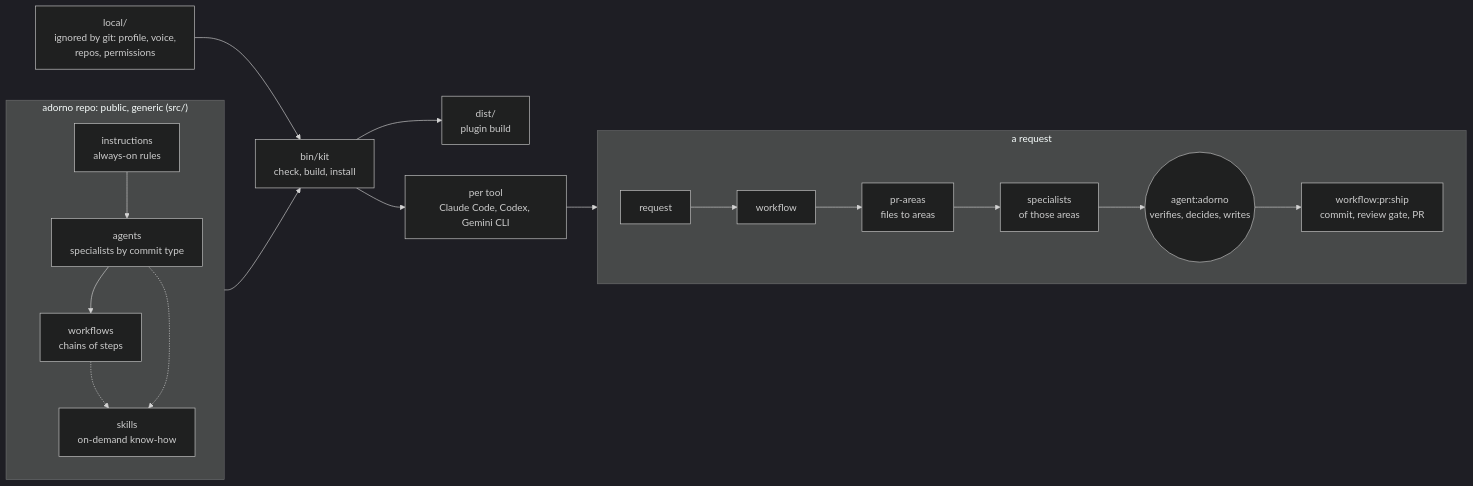
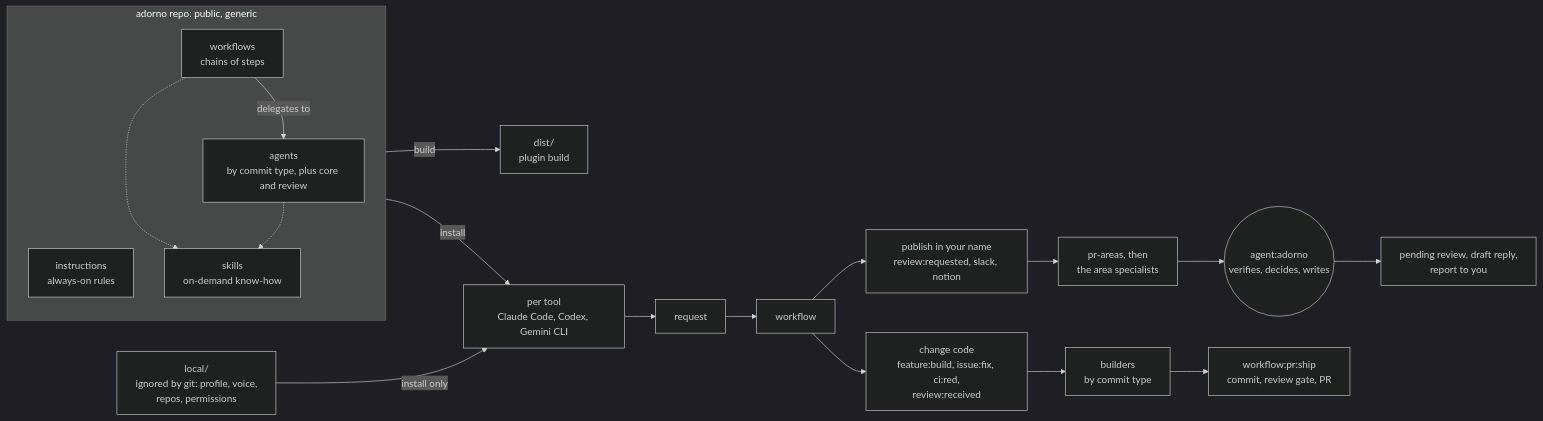
Before and after one commit to nicolasmondain/adorno: the diagram in docs/overview.md, drawn with Mermaid (dark theme). The commit also changed other lines of this file, not shown here.

First line of the commit message:
docs: fix the overview's request flow and trim what it repeats

````diff
--- a/docs/overview.md
+++ b/docs/overview.md
@@ -6,20 +6,17 @@
 ```mermaid
 flowchart LR
-  subgraph repo["adorno repo: public, generic (src/)"]
-    I["instructions<br/>always-on rules"] --> AG["agents<br/>specialists by commit type"]
-    AG --> WF["workflows<br/>chains of steps"]
+  subgraph repo["adorno repo: public, generic"]
+    I["instructions<br/>always-on rules"]
+    WF["workflows<br/>chains of steps"] -->|delegates to| AG["agents<br/>by commit type, plus core and review"]
     SK["skills<br/>on-demand know-how"]
     WF -.-> SK
     AG -.-> SK
   end
   LOC["local/<br/>ignored by git: profile, voice,<br/>repos, permissions"]
-  repo --> K["bin/kit<br/>check, build, install"]
-  LOC --> K
-  K --> D["dist/<br/>plugin build"]
-  K --> T["per tool<br/>Claude Code, Codex, Gemini CLI"]
-  subgraph flow["a request"]
-    direction LR
-    R["request"] --> W["workflow"] --> PA["pr-areas<br/>files to areas"] --> SP["specialists<br/>of those areas"] --> AD(("agent:adorno<br/>verifies, decides, writes")) --> SH["workflow:pr:ship<br/>commit, review gate, PR"]
-  end
-  T --> R
+  repo -->|build| D["dist/<br/>plugin build"]
+  repo -->|install| T["per tool<br/>Claude Code, Codex, Gemini CLI"]
+  LOC -->|install only| T
+  T --> R["request"] --> W["workflow"]
+  W --> PUB["publish in your name<br/>review:requested, slack, notion"] --> PA["pr-areas, then<br/>the area specialists"] --> AD(("agent:adorno<br/>verifies, decides, writes")) --> OUT["pending review, draft reply,<br/>report to you"]
+  W --> COD["change code<br/>feature:build, issue:fix, ci:red,<br/>review:received"] --> BU["builders<br/>by commit type"] --> SH["workflow:pr:ship<br/>commit, review gate, PR"]
 ```
````
